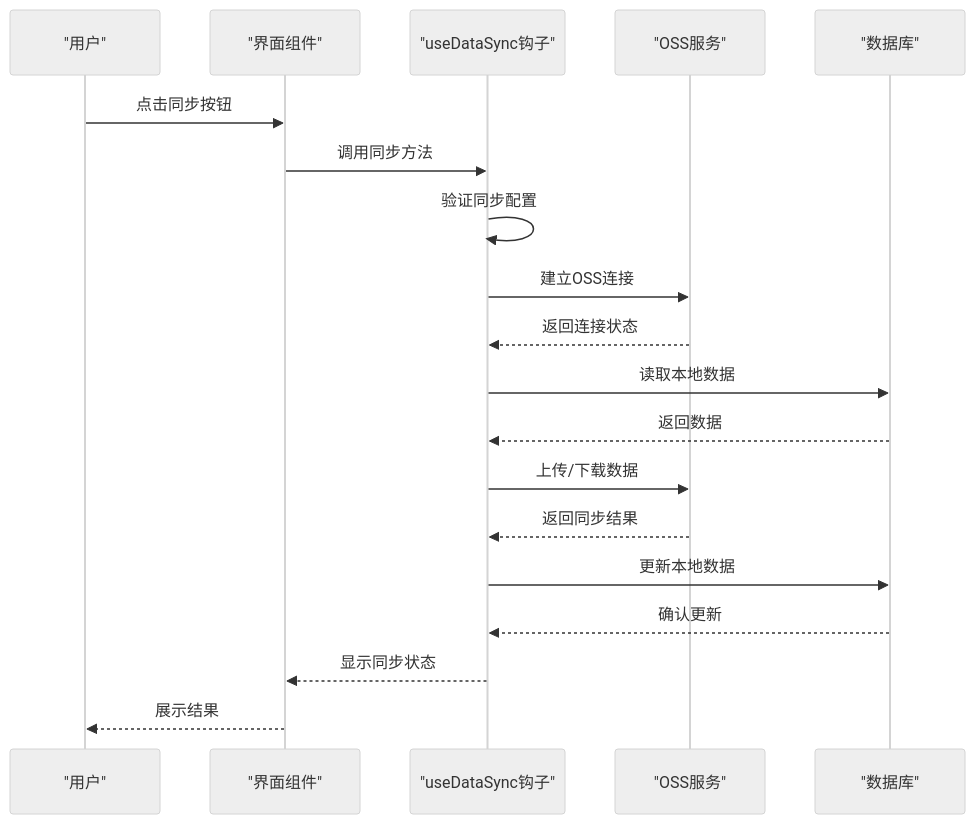
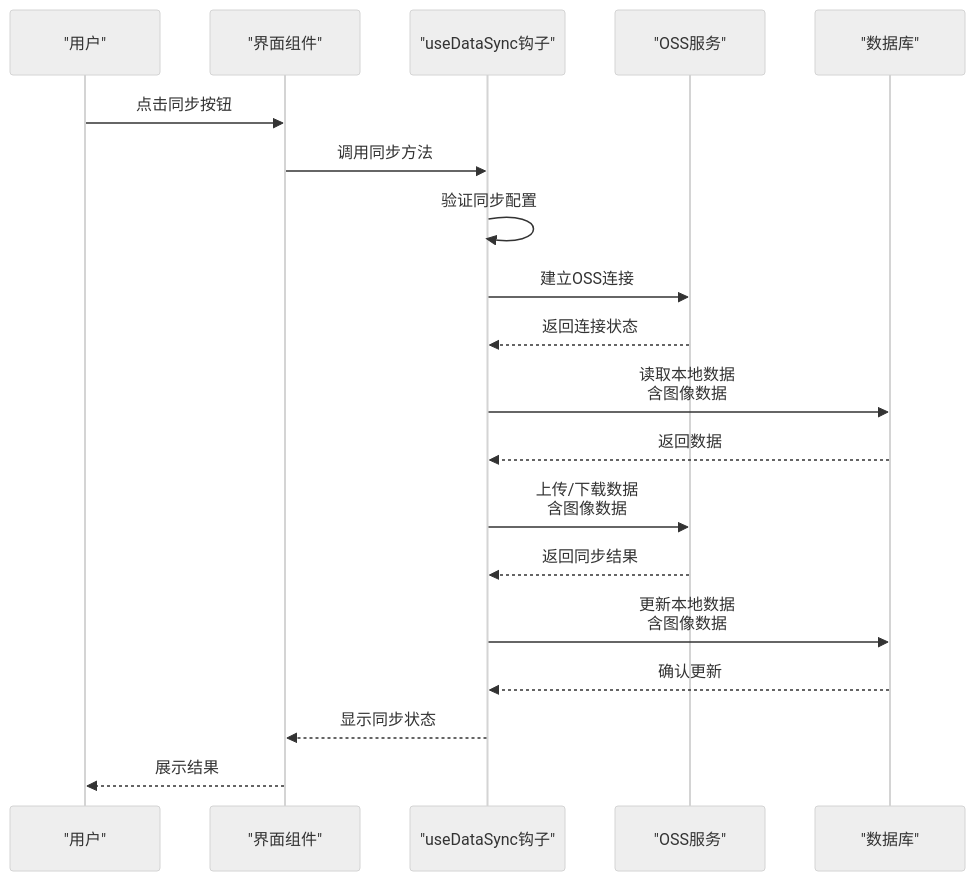
The eighth of 14 diagrams in .qoder/repowiki/zh/content/API参考手册/业务逻辑API/数据同步API.md (scgithub3220216/password-manager), drawn with Mermaid (neutral theme) before and after one commit. The commit also changed other lines of this file and 15 other files, not shown here.

First line of the commit message:
feat(sync): 增强数据同步以支持图像数据管理

````diff
--- a/.qoder/repowiki/zh/content/API参考手册/业务逻辑API/数据同步API.md
+++ b/.qoder/repowiki/zh/content/API参考手册/业务逻辑API/数据同步API.md
@@ -337,21 +366,21 @@
 ```mermaid
 sequenceDiagram
 participant User as "用户"
 participant UI as "界面组件"
 participant Hook as "useDataSync钩子"
 participant OSS as "OSS服务"
 participant DB as "数据库"
 User->>UI : 点击同步按钮
 UI->>Hook : 调用同步方法
 Hook->>Hook : 验证同步配置
 Hook->>OSS : 建立OSS连接
 OSS-->>Hook : 返回连接状态
-Hook->>DB : 读取本地数据
+Hook->>DB : 读取本地数据<br/>含图像数据
 DB-->>Hook : 返回数据
-Hook->>OSS : 上传/下载数据
+Hook->>OSS : 上传/下载数据<br/>含图像数据
 OSS-->>Hook : 返回同步结果
-Hook->>DB : 更新本地数据
+Hook->>DB : 更新本地数据<br/>含图像数据
 DB-->>Hook : 确认更新
 Hook-->>UI : 显示同步状态
 UI-->>User : 展示结果
 ```
````
